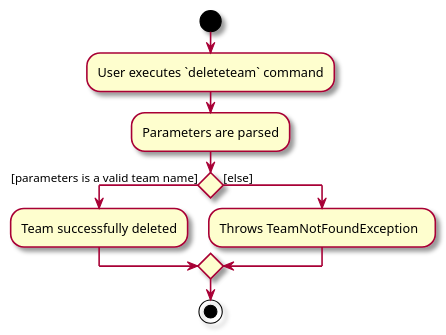
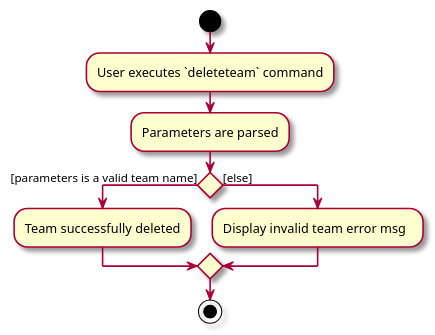
The diagram in docs/diagrams/DeleteTeamCommandDiagram.puml (nus-cs2103-AY2324S1/tp), drawn with PlantUML before and after one commit. The commit also changed 2 other files, not shown here.

```diff
--- a/docs/diagrams/DeleteTeamCommandDiagram.puml
+++ b/docs/diagrams/DeleteTeamCommandDiagram.puml
@@ -1,16 +1,16 @@
 @startuml
 skin rose
 
 start
 :User executes `deleteteam` command;
 :Parameters are parsed;
 if() then ([parameters is a valid team name])
 :Team successfully deleted;
 
 else ([else])
-:Throws TeamNotFoundException  ;
+:Display invalid team error msg  ;
 
 endif
 
 stop
 @enduml
```
